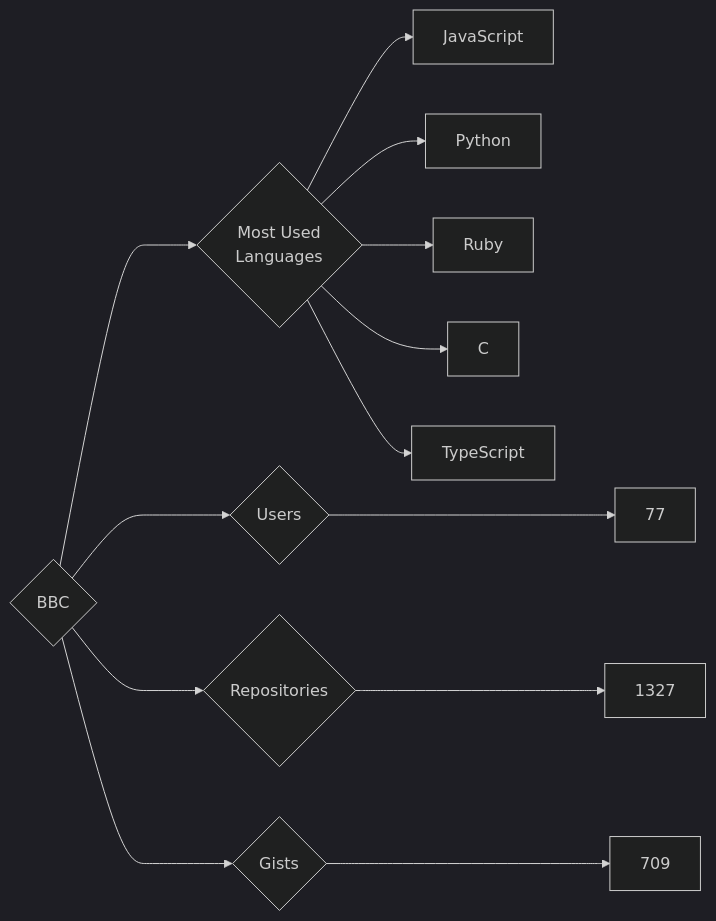
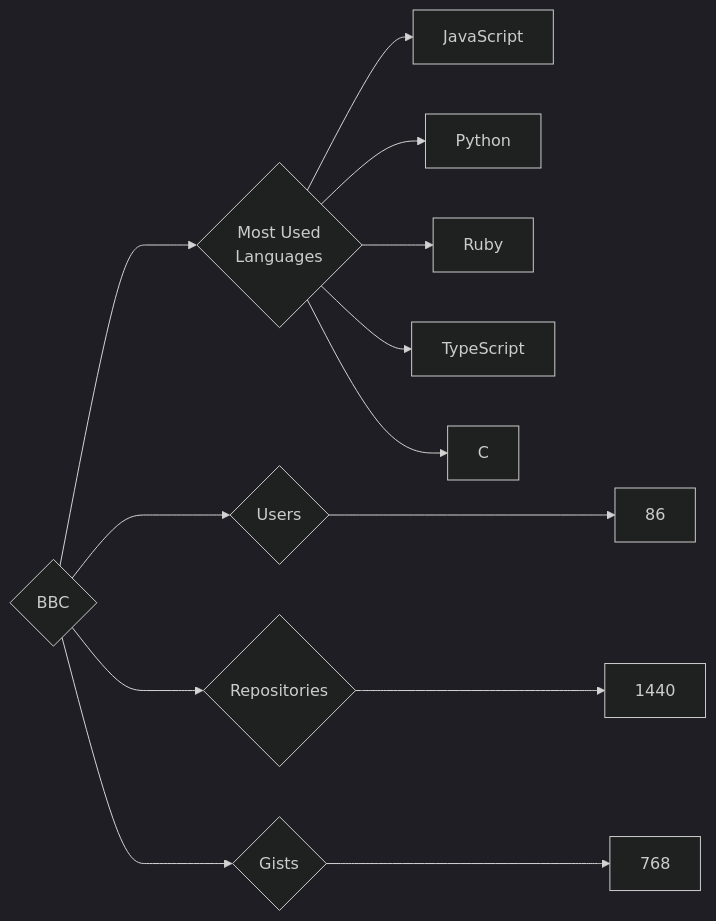
Before and after one commit to trickest/insiders: the diagram in targets/BBC/README.md, drawn with Mermaid (dark theme). The commit also changed 895 other files, not shown here.

````diff
--- a/targets/BBC/README.md
+++ b/targets/BBC/README.md
@@ -3,13 +3,13 @@
 ```mermaid
 graph LR
 COMPANY_NAME{BBC}
-COMPANY_NAME ---> U{Users} ---> UN[77]
-COMPANY_NAME ---> R{Repositories} ---> RN[1327]
-COMPANY_NAME ---> G{Gists} ---> GN[709]
+COMPANY_NAME ---> U{Users} ---> UN[86]
+COMPANY_NAME ---> R{Repositories} ---> RN[1440]
+COMPANY_NAME ---> G{Gists} ---> GN[768]
 COMPANY_NAME ---> ML{Most Used<br>Languages}
 ML --> JavaScript[JavaScript]
 ML --> Python[Python]
 ML --> Ruby[Ruby]
+ML --> TypeScript[TypeScript]
 ML --> C[C]
-ML --> TypeScript[TypeScript]
 ```
````
